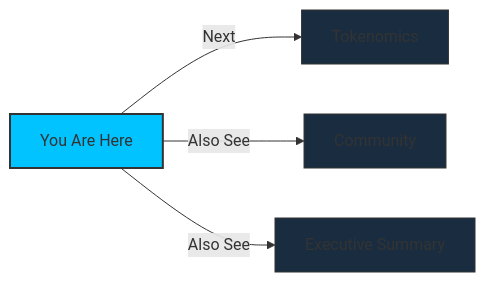
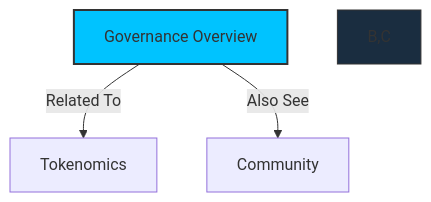
Before and after one commit to cosmicrafts/cosmicrafts-dao: diagram 30 of 46 in src/frontend/src/assets/markdown/en/governance.md, drawn with Mermaid. The commit also changed other lines of this file and 5 other files, not shown here.

````diff
--- a/src/frontend/src/assets/markdown/en/governance.md
+++ b/src/frontend/src/assets/markdown/en/governance.md
@@ -1128,11 +1148,8 @@
 ```mermaid
-graph LR
-    A[You Are Here] -->|Next| B[Tokenomics]
+flowchart TD
+    A[Governance Overview] -->|Related To| B[Tokenomics]
     A -->|Also See| C[Community]
-    A -->|Also See| D[Executive Summary]
     
     style A fill:#00c3ff,stroke:#333,stroke-width:2px
-    style B fill:#1a2d40,stroke:#333,stroke-width:1px
-    style C fill:#1a2d40,stroke:#333,stroke-width:1px
-    style D fill:#1a2d40,stroke:#333,stroke-width:1px
+    style B,C fill:#1a2d40,stroke:#333,stroke-width:1px
 ```
````
